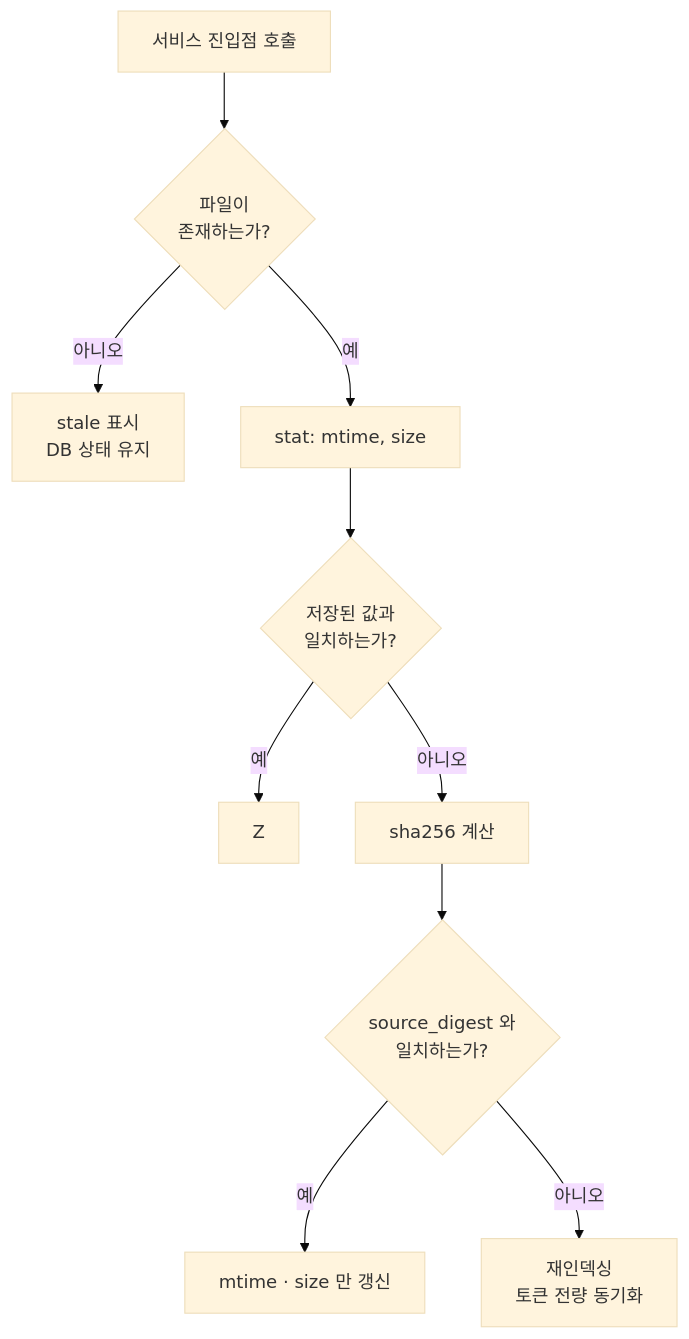
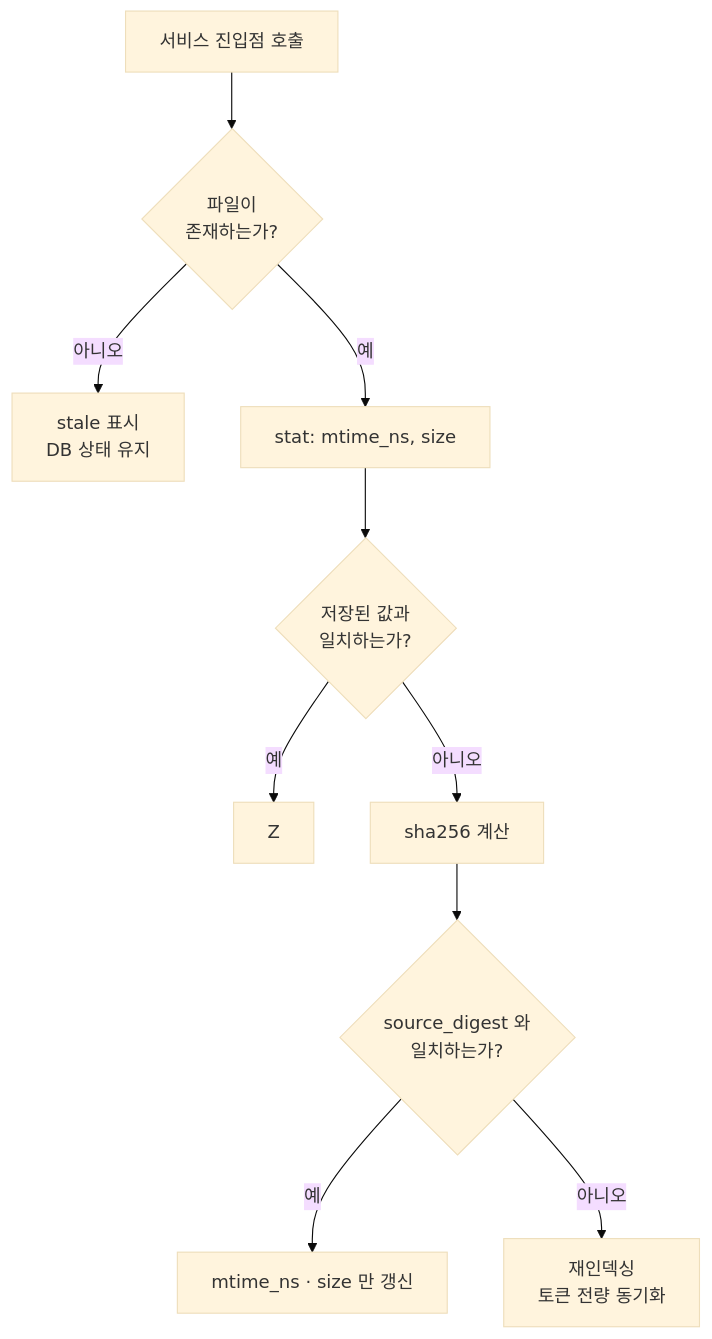
One commit to JongSeonKim/protokflow changed the second of 2 diagrams in docs/plans/2026-08-24-1252-feat-designmd-storage-layer-plan.md. Above: the diagram before and after it, drawn with Mermaid (base theme). The commit also changed other lines of this file and 3 other files, not shown here.

````diff
--- a/docs/plans/2026-08-24-1252-feat-designmd-storage-layer-plan.md
+++ b/docs/plans/2026-08-24-1252-feat-designmd-storage-layer-plan.md
@@ -192,12 +193,12 @@
 ```mermaid
 flowchart TD
     A["서비스 진입점 호출"] --> C{"파일이<br/>존재하는가?"}
     C -->|아니오| Y["stale 표시<br/>DB 상태 유지"]
-    C -->|예| D["stat: mtime, size"]
+    C -->|예| D["stat: mtime_ns, size"]
     D --> E{"저장된 값과<br/>일치하는가?"}
     E -->|예| Z
     E -->|아니오| F["sha256 계산"]
     F --> G{"source_digest 와<br/>일치하는가?"}
-    G -->|예| H["mtime · size 만 갱신"]
+    G -->|예| H["mtime_ns · size 만 갱신"]
     G -->|아니오| I["재인덱싱<br/>토큰 전량 동기화"]
 ```
````
